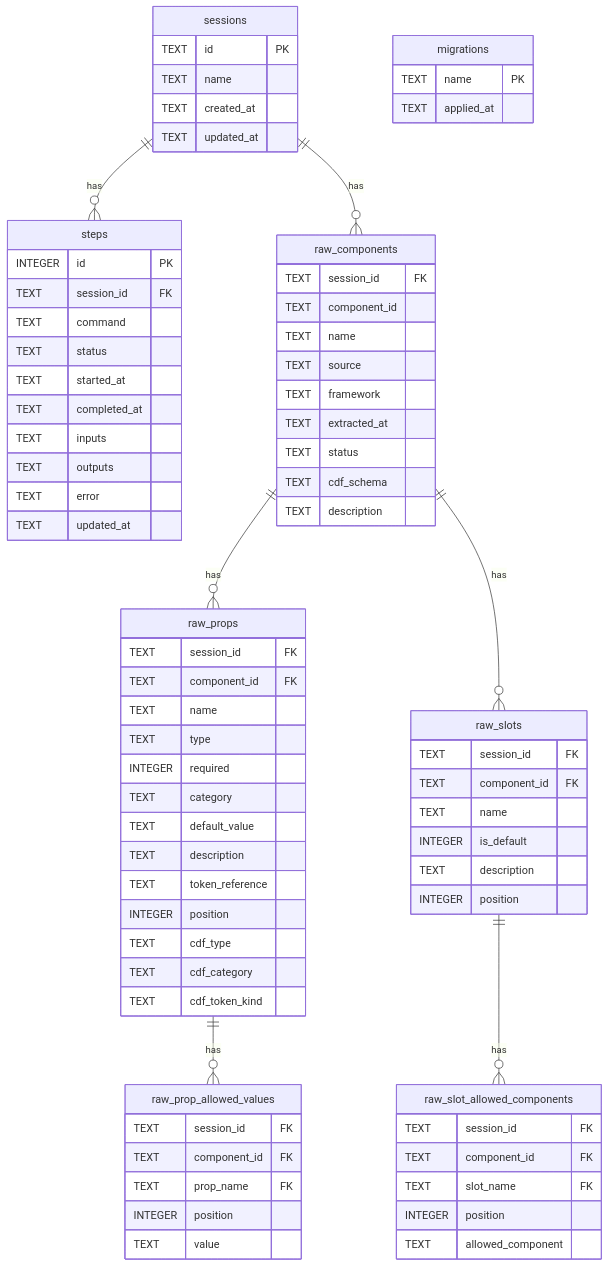
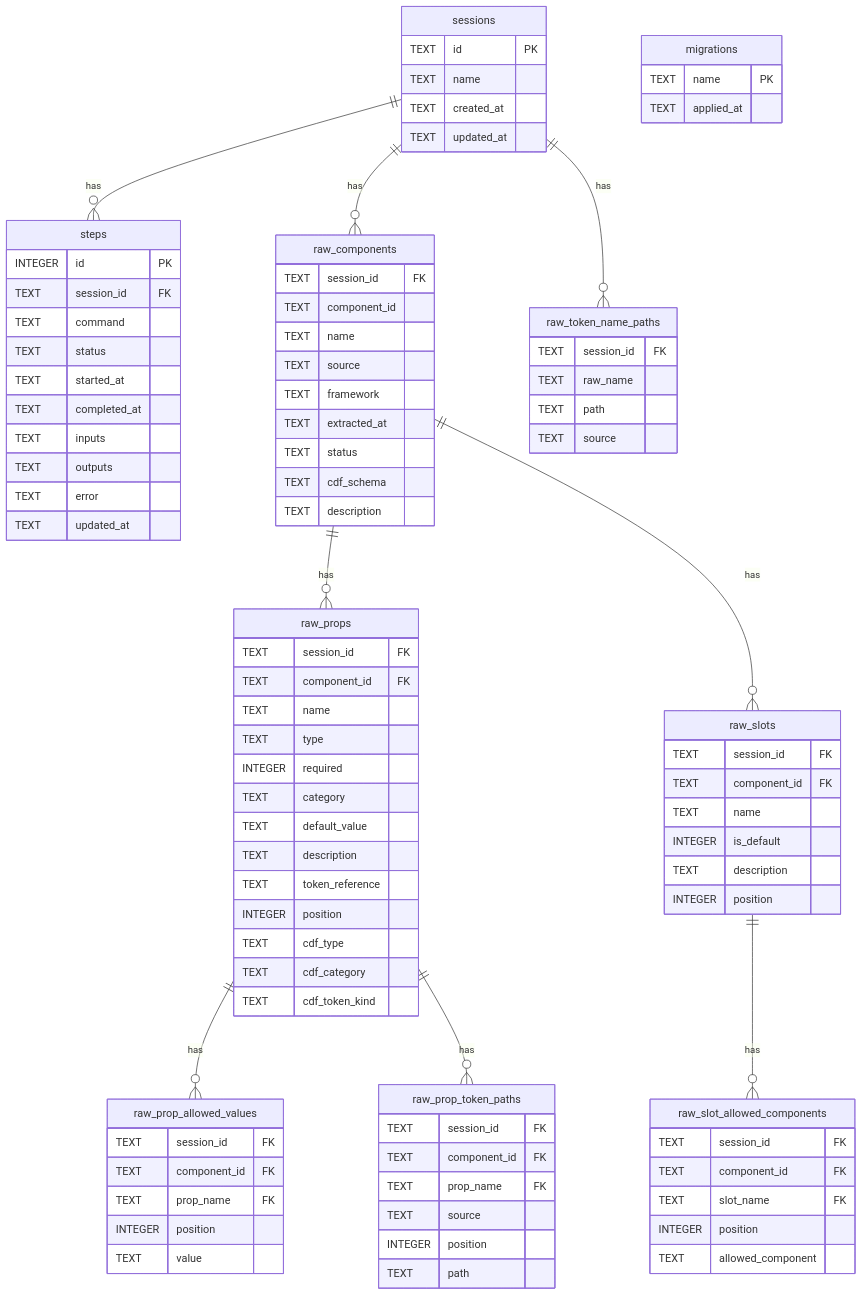
One commit to contentful/experience-design-system-sdk-public changed the first of 3 diagrams in ARCHITECTURE.md. Above: the diagram before and after it, drawn with Mermaid. The commit also changed other lines of this file and 1 other file, not shown here.

Commit message:
docs: update map-tokens architecture docs [INTEG-4829] (#222)

````diff
--- a/ARCHITECTURE.md
+++ b/ARCHITECTURE.md
@@ -234,6 +240,22 @@
         TEXT value
     }
 
+    raw_prop_token_paths {
+        TEXT session_id FK
+        TEXT component_id FK
+        TEXT prop_name FK
+        TEXT source
+        INTEGER position
+        TEXT path
+    }
+
+    raw_token_name_paths {
+        TEXT session_id FK
+        TEXT raw_name
+        TEXT path
+        TEXT source
+    }
+
     raw_slots {
         TEXT session_id FK
         TEXT component_id FK
@@ -261,5 +283,7 @@
     raw_components ||--o{ raw_props : "has"
     raw_components ||--o{ raw_slots : "has"
     raw_props ||--o{ raw_prop_allowed_values : "has"
+    raw_props ||--o{ raw_prop_token_paths : "has"
+    sessions ||--o{ raw_token_name_paths : "has"
     raw_slots ||--o{ raw_slot_allowed_components : "has"
 ```
````
